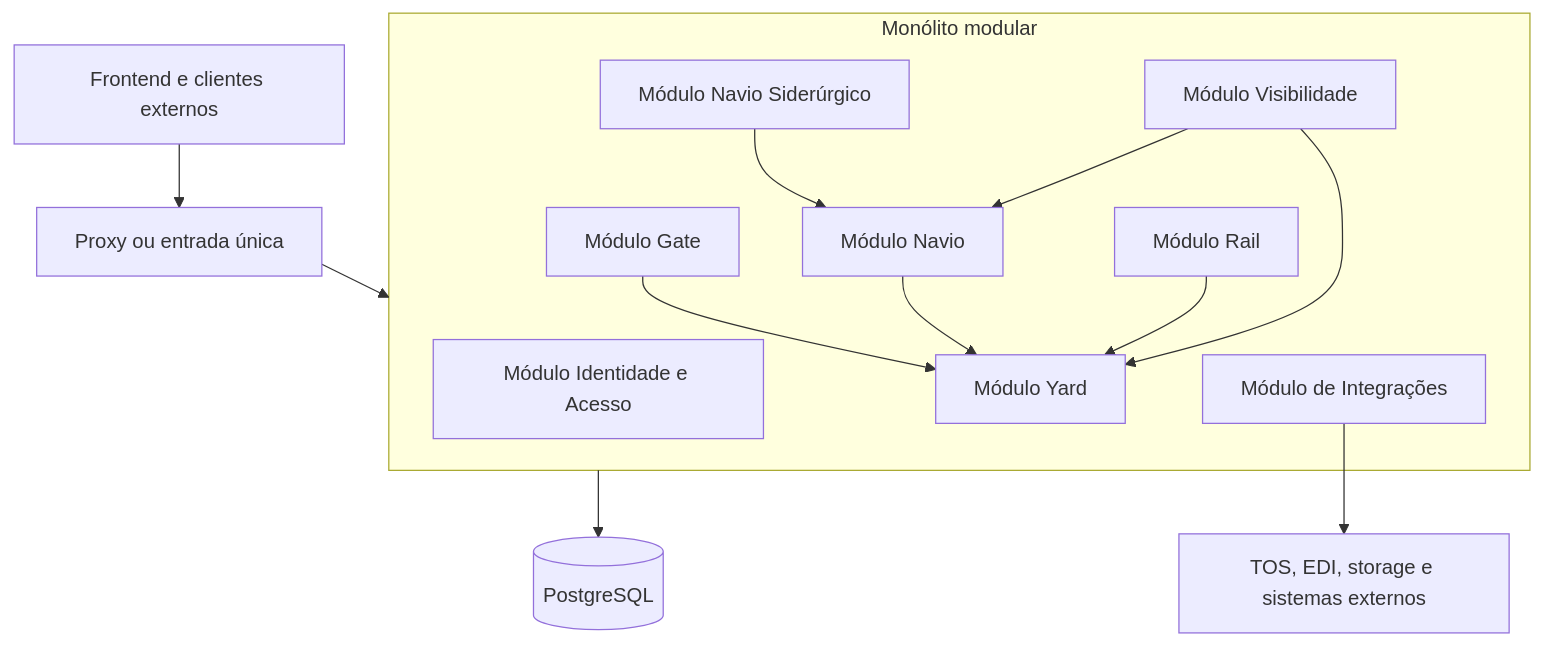
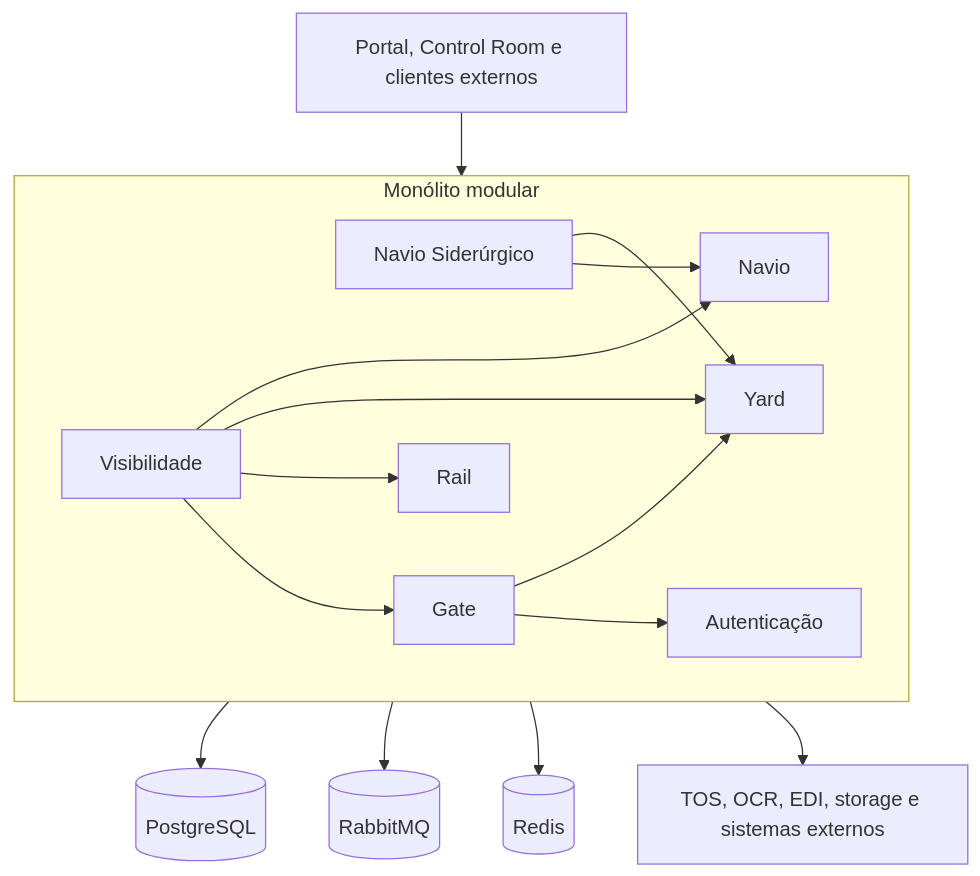
Before and after one commit to diogo2806/CloudPort: the diagram in docs/arquitetura-monolito-modular.md, drawn with Mermaid. The commit also changed other lines of this file, not shown here.

Commit message:
docs: registrar arquitetura do runtime geral

````diff
--- a/docs/arquitetura-monolito-modular.md
+++ b/docs/arquitetura-monolito-modular.md
@@ -63,26 +58,28 @@
 ```mermaid
 flowchart TB
-    CLIENTES[Frontend e clientes externos] --> ENTRADA[Proxy ou entrada única]
-    ENTRADA --> RUNTIME[Runtime monolítico CloudPort]
+    CLIENTES[Portal, Control Room e clientes externos] --> RUNTIME[cloudport-runtime]
 
     subgraph RUNTIME[Monólito modular]
-        IDENTIDADE[Módulo Identidade e Acesso]
-        GATE[Módulo Gate]
-        YARD[Módulo Yard]
-        NAVIO[Módulo Navio]
-        SIDERURGICO[Módulo Navio Siderúrgico]
-        RAIL[Módulo Rail]
-        VISIBILIDADE[Módulo Visibilidade]
-        INTEGRACOES[Módulo de Integrações]
+        AUTH[Autenticação]
+        GATE[Gate]
+        RAIL[Rail]
+        VIS[Visibilidade]
+        YARD[Yard]
+        NAVIO[Navio]
+        SIDERURGICO[Navio Siderúrgico]
 
         SIDERURGICO --> NAVIO
+        SIDERURGICO --> YARD
+        GATE --> AUTH
         GATE --> YARD
-        NAVIO --> YARD
-        RAIL --> YARD
-        VISIBILIDADE --> NAVIO
-        VISIBILIDADE --> YARD
+        VIS --> GATE
+        VIS --> RAIL
+        VIS --> YARD
+        VIS --> NAVIO
     end
 
     RUNTIME --> POSTGRES[(PostgreSQL)]
-    INTEGRACOES --> EXTERNOS[TOS, EDI, storage e sistemas externos]
+    RUNTIME --> RABBIT[(RabbitMQ)]
+    RUNTIME --> REDIS[(Redis)]
+    RUNTIME --> EXTERNOS[TOS, OCR, EDI, storage e sistemas externos]
 ```
````
